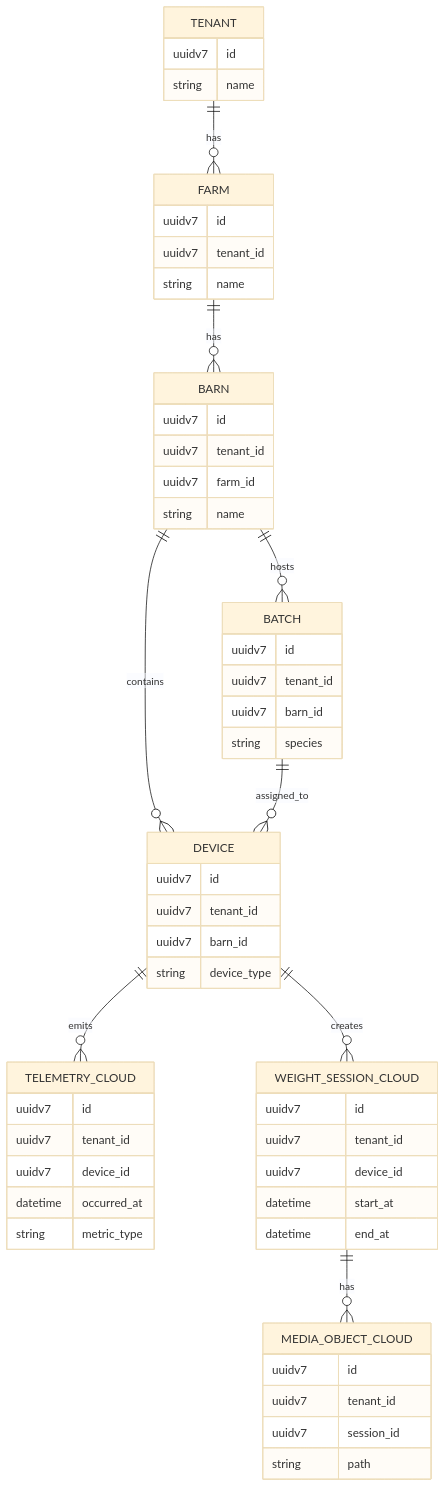
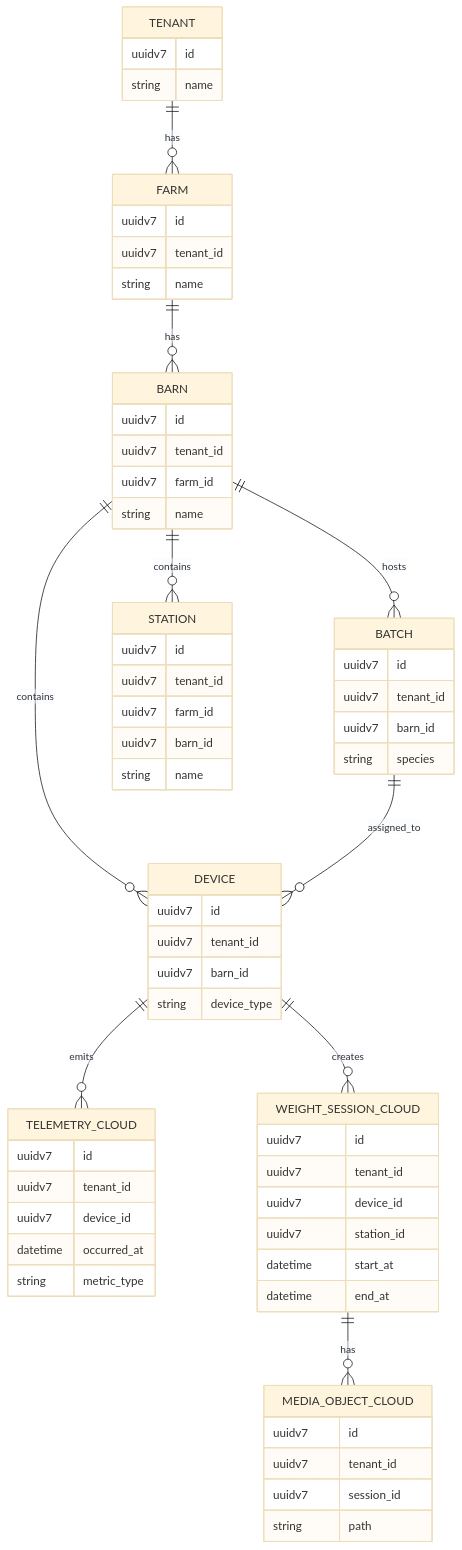
One commit to AmnadTaowsoam/FarmIQ_V02 changed the diagram in docs/02-domain-multi-tenant-data-model.md. Above: the diagram before and after it, drawn with Mermaid (base theme). The commit also changed other lines of this file and 393 other files, not shown here.

````diff
--- a/docs/02-domain-multi-tenant-data-model.md
+++ b/docs/02-domain-multi-tenant-data-model.md
@@ -161,66 +170,76 @@
 ```mermaid
 erDiagram
   TENANT ||--o{ FARM : "has"
   FARM ||--o{ BARN : "has"
   BARN ||--o{ BATCH : "hosts"
   BARN ||--o{ DEVICE : "contains"
+  BARN ||--o{ STATION : "contains"
   BATCH ||--o{ DEVICE : "assigned_to"
   DEVICE ||--o{ TELEMETRY_CLOUD : "emits"
   DEVICE ||--o{ WEIGHT_SESSION_CLOUD : "creates"
   WEIGHT_SESSION_CLOUD ||--o{ MEDIA_OBJECT_CLOUD : "has"
 
   TENANT {
     uuidv7 id
     string name
   }
 
   FARM {
     uuidv7 id
     uuidv7 tenant_id
     string name
   }
 
   BARN {
     uuidv7 id
     uuidv7 tenant_id
     uuidv7 farm_id
+    string name
+  }
+
+  STATION {
+    uuidv7 id
+    uuidv7 tenant_id
+    uuidv7 farm_id
+    uuidv7 barn_id
     string name
   }
 
   BATCH {
     uuidv7 id
     uuidv7 tenant_id
     uuidv7 barn_id
     string species
   }
 
   DEVICE {
     uuidv7 id
     uuidv7 tenant_id
     uuidv7 barn_id
     string device_type
   }
 
   TELEMETRY_CLOUD {
     uuidv7 id
     uuidv7 tenant_id
     uuidv7 device_id
     datetime occurred_at
     string metric_type
   }
 
   WEIGHT_SESSION_CLOUD {
     uuidv7 id
     uuidv7 tenant_id
     uuidv7 device_id
+    uuidv7 station_id
     datetime start_at
     datetime end_at
   }
 
   MEDIA_OBJECT_CLOUD {
     uuidv7 id
     uuidv7 tenant_id
     uuidv7 session_id
     string path
   }
 ```
````
